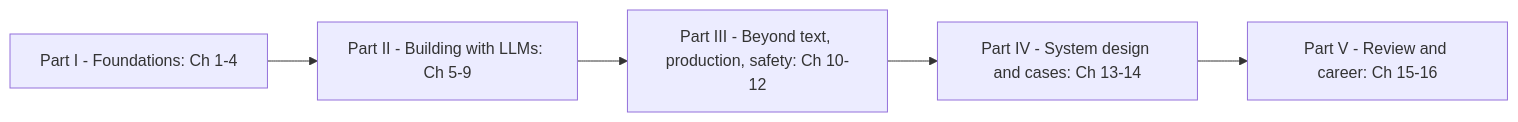
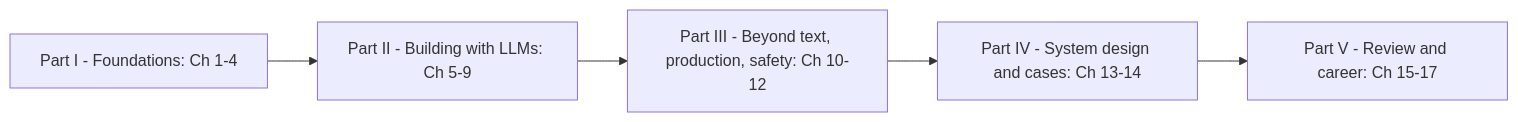
The diagram in ai/README.md (vsns11/interview_notes), drawn with Mermaid before and after one commit. The commit also changed other lines of this file and 3 other files, not shown here.

````diff
--- a/ai/README.md
+++ b/ai/README.md
@@ -44,7 +44,7 @@
 ```mermaid
 flowchart LR
     A["Part I - Foundations: Ch 1-4"] --> B["Part II - Building with LLMs: Ch 5-9"]
     B --> C["Part III - Beyond text, production, safety: Ch 10-12"]
     C --> D["Part IV - System design and cases: Ch 13-14"]
-    D --> E["Part V - Review and career: Ch 15-16"]
+    D --> E["Part V - Review and career: Ch 15-17"]
 ```
````
